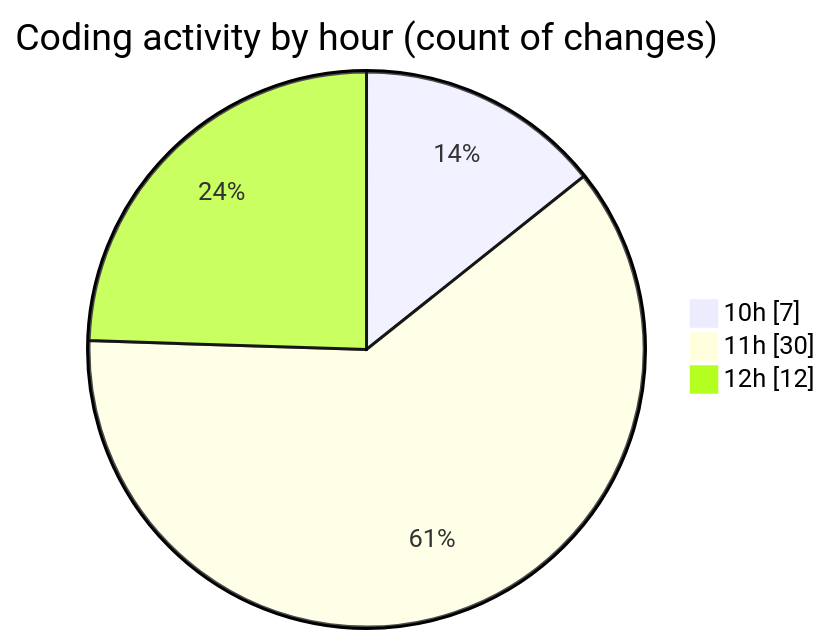
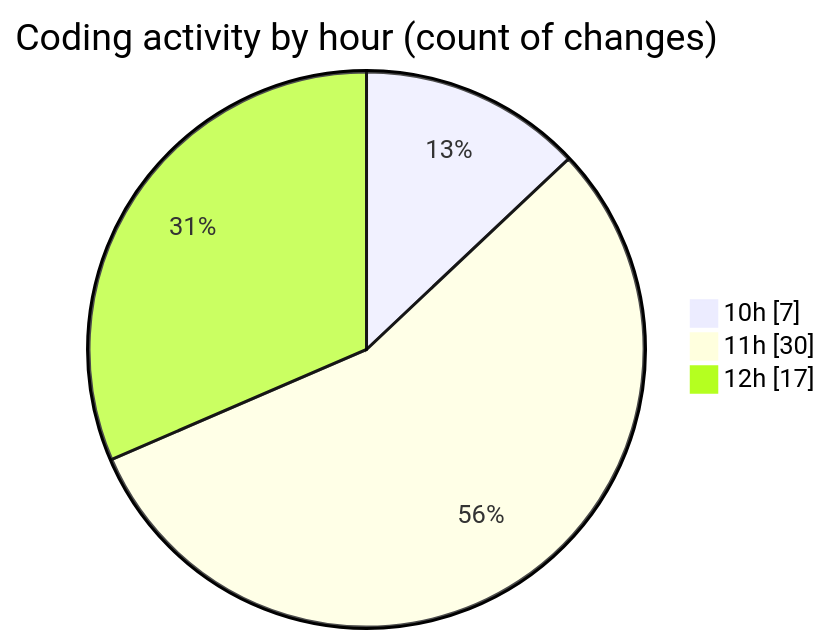
One commit to momahboobian/code-tracking changed the second of 2 diagrams in 2025-06-26/cda/README.md. Above: the diagram before and after it, drawn with Mermaid. The commit also changed other lines of this file and 1 other file, not shown here.

````diff
--- a/2025-06-26/cda/README.md
+++ b/2025-06-26/cda/README.md
@@ -30,7 +34,7 @@
 ```mermaid
 pie showData
 title Coding activity by hour (count of changes)
 "10h" : 7
 "11h" : 30
-"12h" : 12
+"12h" : 17
 ```
````
